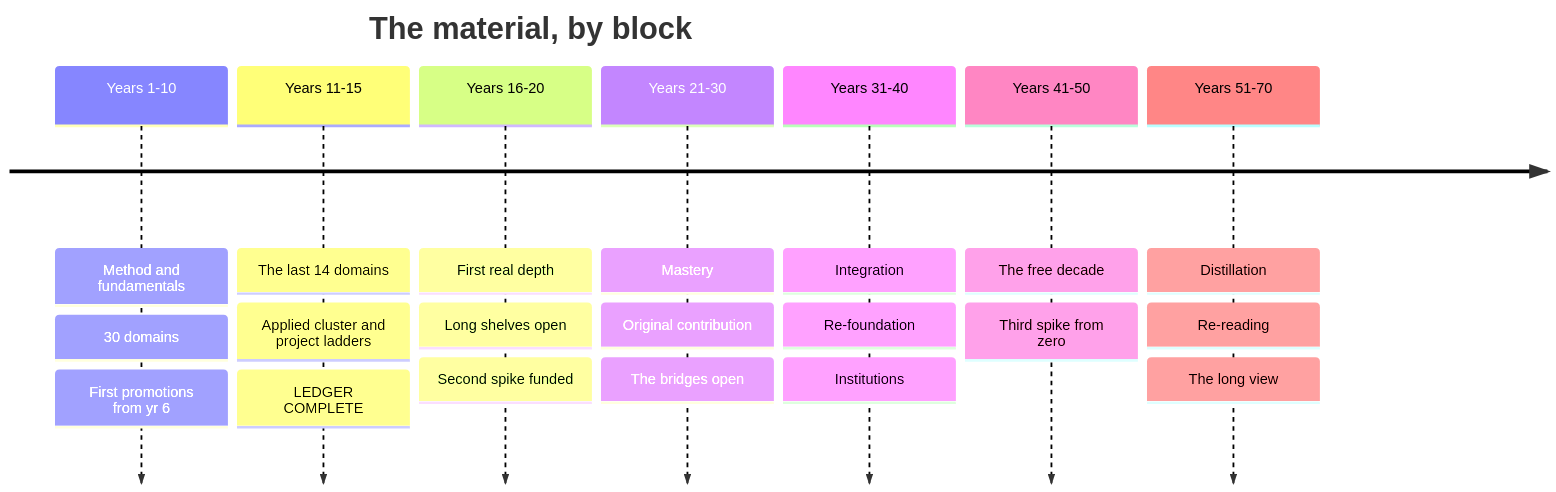
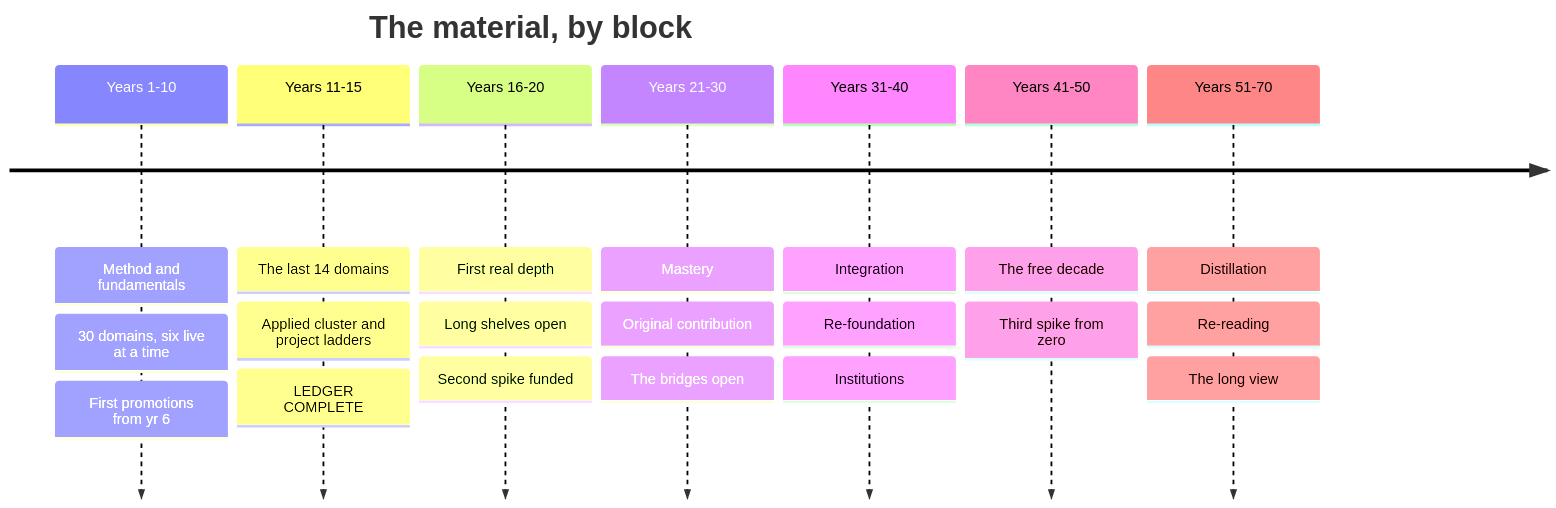
The diagram in TIMELINE.md (xuvictor04/Learning-Agenda), drawn with Mermaid before and after one commit. The commit also changed other lines of this file and 2 other files, not shown here.

First line of the commit message:
Rebuild the timeline as an interleaved mix, six domains live

````diff
--- a/TIMELINE.md
+++ b/TIMELINE.md
@@ -65,11 +94,11 @@
 ```mermaid
 timeline
     title The material, by block
-    Years 1-10 : Method and fundamentals : 30 domains : First promotions from yr 6
+    Years 1-10 : Method and fundamentals : 30 domains, six live at a time : First promotions from yr 6
     Years 11-15 : The last 14 domains : Applied cluster and project ladders : LEDGER COMPLETE
     Years 16-20 : First real depth : Long shelves open : Second spike funded
     Years 21-30 : Mastery : Original contribution : The bridges open
     Years 31-40 : Integration : Re-foundation : Institutions
     Years 41-50 : The free decade : Third spike from zero
     Years 51-70 : Distillation : Re-reading : The long view
 ```
````
